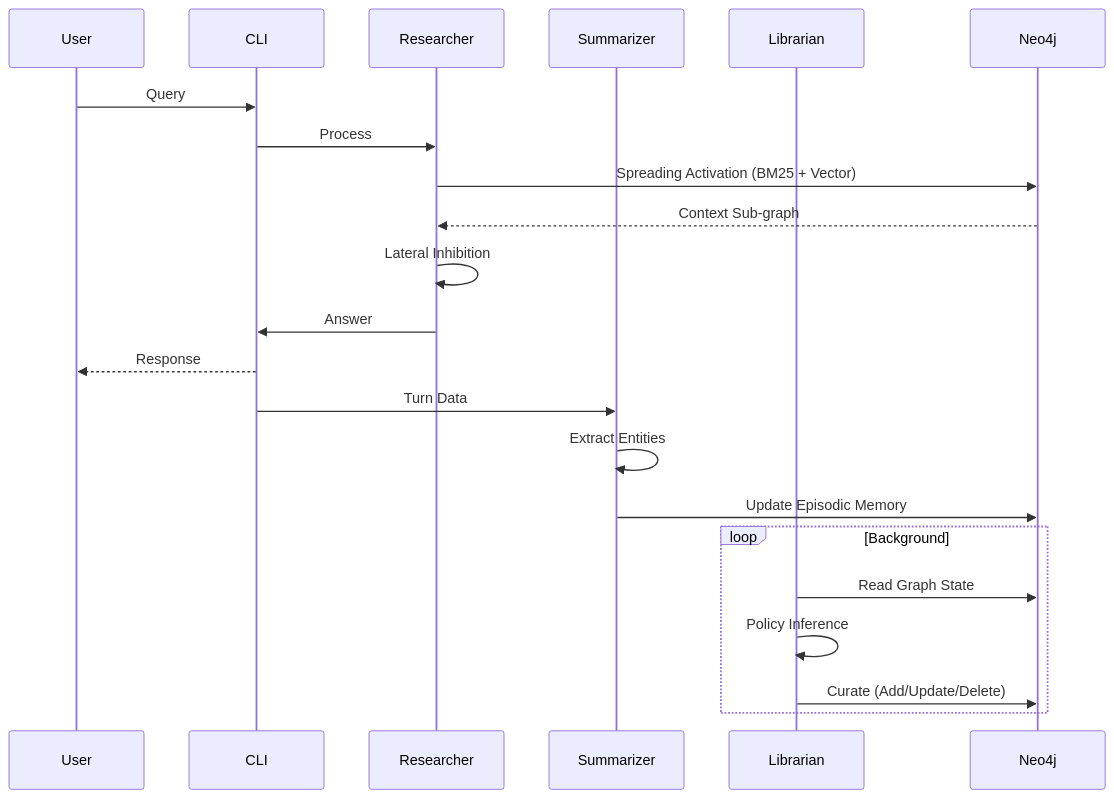
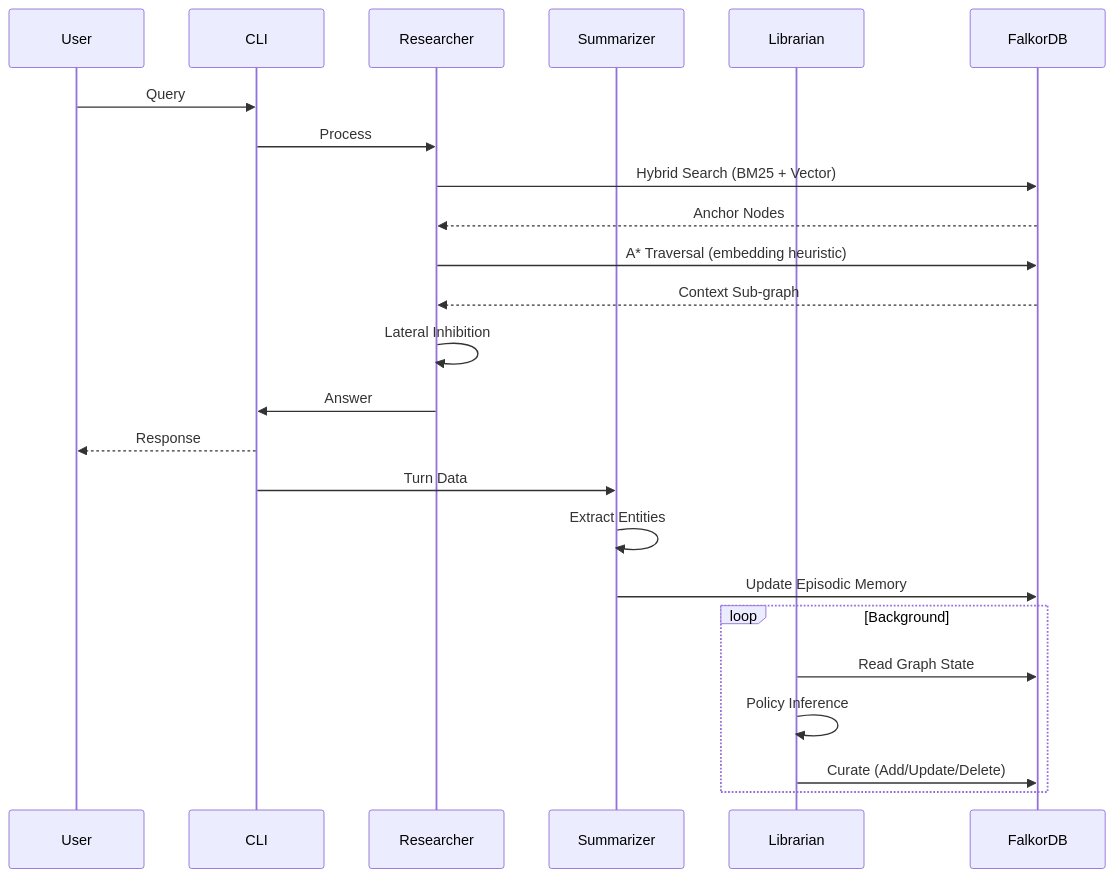
One commit to anonimity69/GraphCortex changed the second of 2 diagrams in README.md. Above: the diagram before and after it, drawn with Mermaid. The commit also changed other lines of this file and 25 other files, not shown here.

Commit message:
refactor: migrate database infrastructure from Neo4j to FalkorDB and implement A* retrieval engine

````diff
--- a/README.md
+++ b/README.md
@@ -83,27 +84,29 @@
 ```mermaid
 sequenceDiagram
     participant U as User
     participant C as CLI
     participant R as Researcher
     participant S as Summarizer
     participant L as Librarian
-    participant DB as Neo4j
+    participant DB as FalkorDB
 
     U->>C: Query
     C->>R: Process
-    R->>DB: Spreading Activation (BM25 + Vector)
+    R->>DB: Hybrid Search (BM25 + Vector)
+    DB-->>R: Anchor Nodes
+    R->>DB: A* Traversal (embedding heuristic)
     DB-->>R: Context Sub-graph
     R->>R: Lateral Inhibition
     R->>C: Answer
     C-->>U: Response
 
     C->>S: Turn Data
     S->>S: Extract Entities
     S->>DB: Update Episodic Memory
 
     loop Background
         L->>DB: Read Graph State
         L->>L: Policy Inference
         L->>DB: Curate (Add/Update/Delete)
     end
 ```
````
